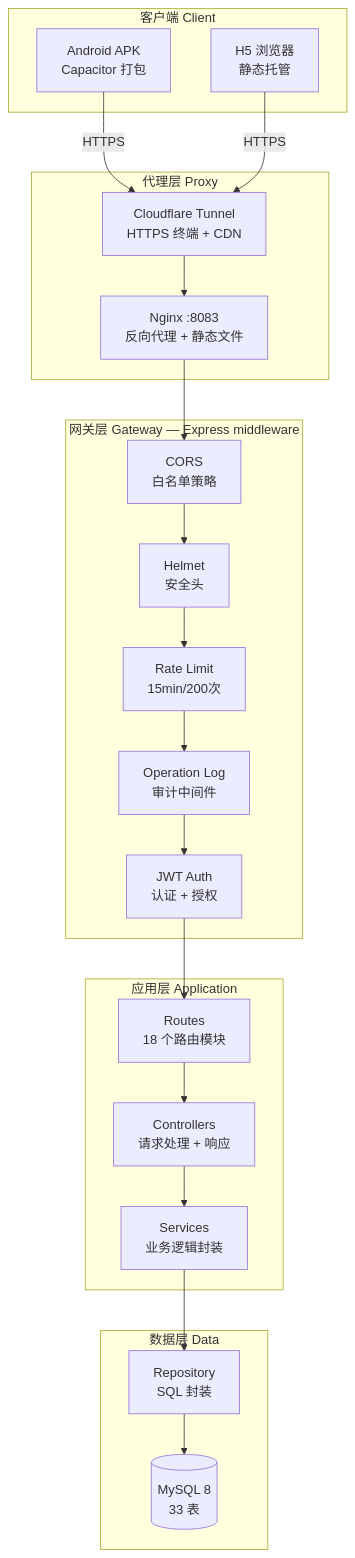
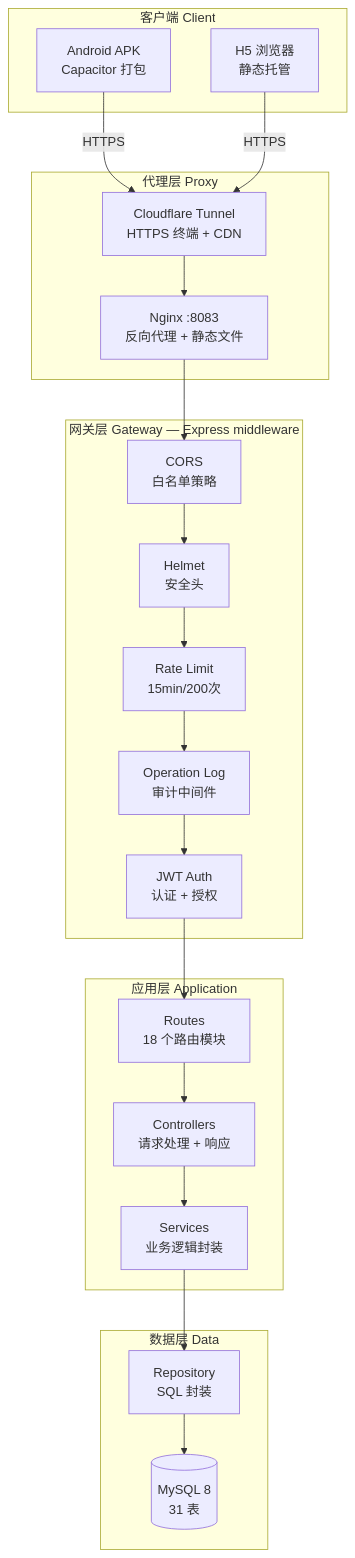
One commit to AYin-Z/class_mansys changed the first of 9 diagrams in docs/SYSTEM_ARCHITECTURE.md. Above: the diagram before and after it, drawn with Mermaid. The commit also changed other lines of this file and 977 other files, not shown here.

````diff
--- a/docs/SYSTEM_ARCHITECTURE.md
+++ b/docs/SYSTEM_ARCHITECTURE.md
@@ -65,41 +65,41 @@
 ```mermaid
 graph TB
     subgraph "客户端 Client"
         APK[Android APK<br/>Capacitor 打包]
         H5[H5 浏览器<br/>静态托管]
     end
 
     subgraph "代理层 Proxy"
         TUNNEL["Cloudflare Tunnel<br/>HTTPS 终端 + CDN"]
         NGINX["Nginx :8083<br/>反向代理 + 静态文件"]
     end
 
     subgraph "网关层 Gateway — Express middleware"
         CORS[CORS<br/>白名单策略]
         HELMET[Helmet<br/>安全头]
         RATELIMIT[Rate Limit<br/>15min/200次]
         OPLOG[Operation Log<br/>审计中间件]
         AUTHMW[JWT Auth<br/>认证 + 授权]
     end
 
     subgraph "应用层 Application"
         ROUTES[Routes<br/>18 个路由模块]
         CTRL[Controllers<br/>请求处理 + 响应]
         SVC[Services<br/>业务逻辑封装]
     end
 
     subgraph "数据层 Data"
         REPO[Repository<br/>SQL 封装]
-        MYSQL[(MySQL 8<br/>33 表)]
+        MYSQL[(MySQL 8<br/>31 表)]
     end
 
     APK -->|HTTPS| TUNNEL
     H5 -->|HTTPS| TUNNEL
     TUNNEL --> NGINX
     NGINX --> CORS --> HELMET --> RATELIMIT --> OPLOG --> AUTHMW
     AUTHMW --> ROUTES
     ROUTES --> CTRL
     CTRL --> SVC
     SVC --> REPO
     REPO --> MYSQL
 ```
````
